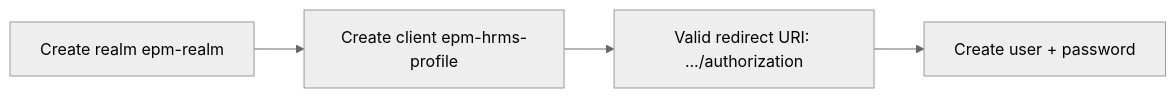
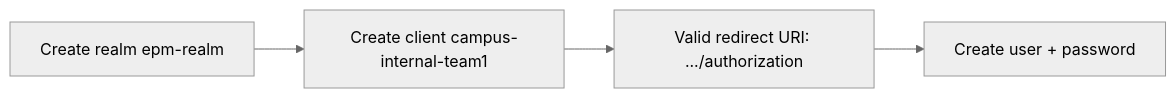
One commit to sridharpolepalli/epm-profile changed the fifth of 9 diagrams in docs/END_TO_END_SETUP.md. Above: the diagram before and after it, drawn with Mermaid (neutral theme). The commit also changed other lines of this file and 1 other file, not shown here.

````diff
--- a/docs/END_TO_END_SETUP.md
+++ b/docs/END_TO_END_SETUP.md
@@ -343,6 +343,6 @@
 ```mermaid
 flowchart LR
-  A[Create realm epm-realm] --> B[Create client epm-hrms-profile]
+  A[Create realm epm-realm] --> B[Create client campus-internal-team1]
   B --> C[Valid redirect URI: .../authorization]
   C --> D[Create user + password]
 ```
````
